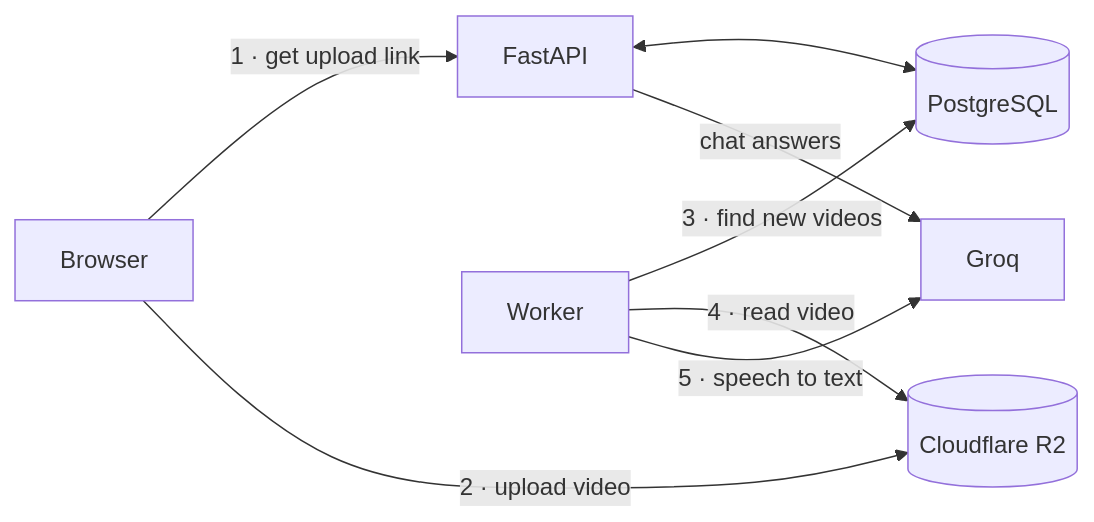
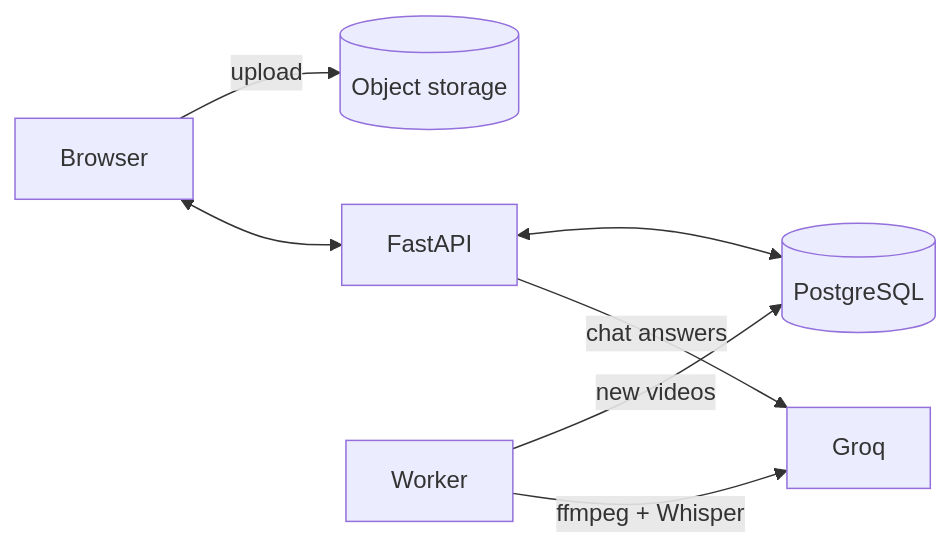
One commit to SultanAbdulaziz/Bahith changed the diagram in README.md. Above: the diagram before and after it, drawn with Mermaid. The commit also changed other lines of this file and 4 other files, not shown here.

````diff
--- a/README.md
+++ b/README.md
@@ -43,10 +45,9 @@
 ```mermaid
 flowchart LR
-    B[Browser] -- "1 · get upload link" --> API[FastAPI]
-    B -- "2 · upload video" --> R2[(Cloudflare R2)]
+    B[Browser] -- "upload" --> S3[(Object storage)]
+    B <--> API[FastAPI]
     API <--> DB[(PostgreSQL)]
-    W[Worker] -- "3 · find new videos" --> DB
-    W -- "4 · read video" --> R2
-    W -- "5 · speech to text" --> G[Groq]
+    W[Worker] -- "new videos" --> DB
+    W -- "ffmpeg + Whisper" --> G[Groq]
     API -- "chat answers" --> G
 ```
````
